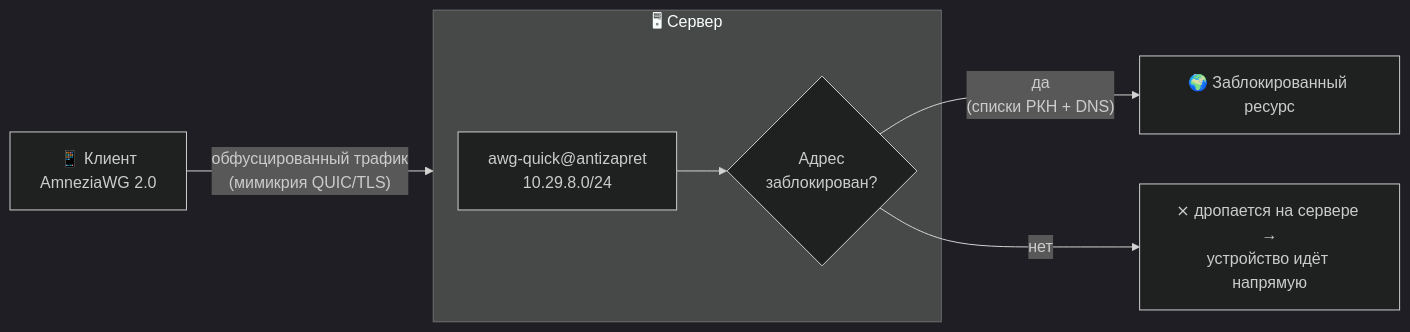
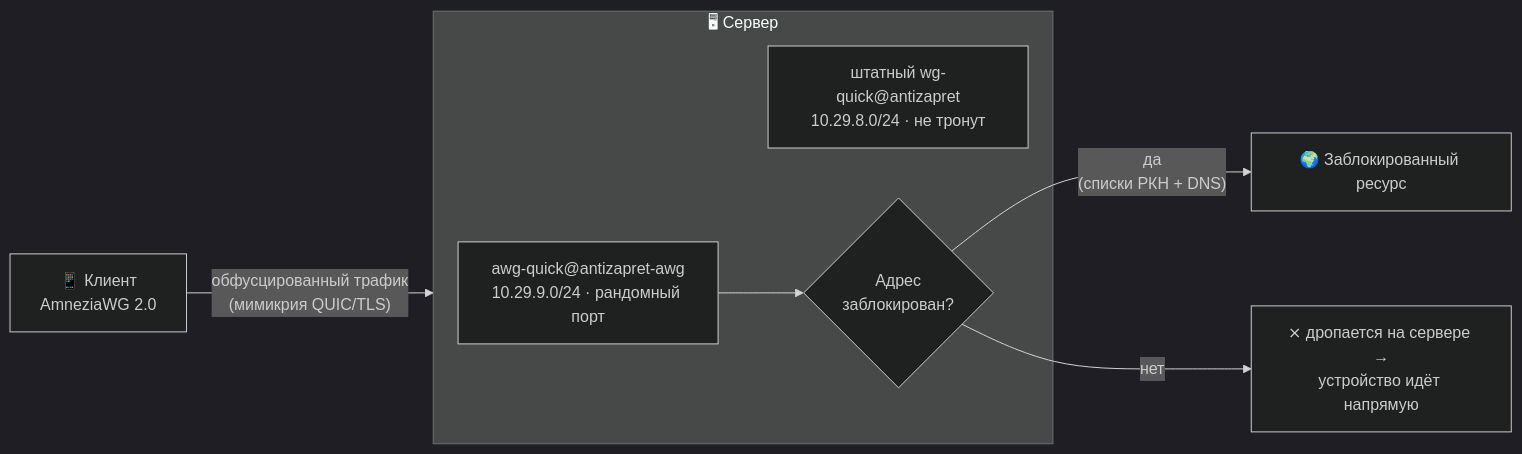
Before and after one commit to blindtechnique/az-awg2: the diagram in README.md, drawn with Mermaid (dark theme). The commit also changed other lines of this file, not shown here.

````diff
--- a/README.md
+++ b/README.md
@@ -41,13 +43,14 @@
 ```mermaid
 flowchart LR
     C["📱 Клиент<br/>AmneziaWG 2.0"] -- "обфусцированный трафик<br/>(мимикрия QUIC/TLS)" --> S
 
     subgraph S["🖥 Сервер"]
-        AWG["awg-quick@antizapret<br/>10.29.8.0/24"]
+        AWG["awg-quick@antizapret-awg<br/>10.29.9.0/24 · рандомный порт"]
+        WG["штатный wg-quick@antizapret<br/>10.29.8.0/24 · не тронут"]
         R{"Адрес<br/>заблокирован?"}
         AWG --> R
     end
 
     R -- "да<br/>(списки РКН + DNS)" --> OUT["🌍 Заблокированный ресурс"]
     R -- "нет" --> DROP["⨯ дропается на сервере →<br/>устройство идёт напрямую"]
 ```
````
